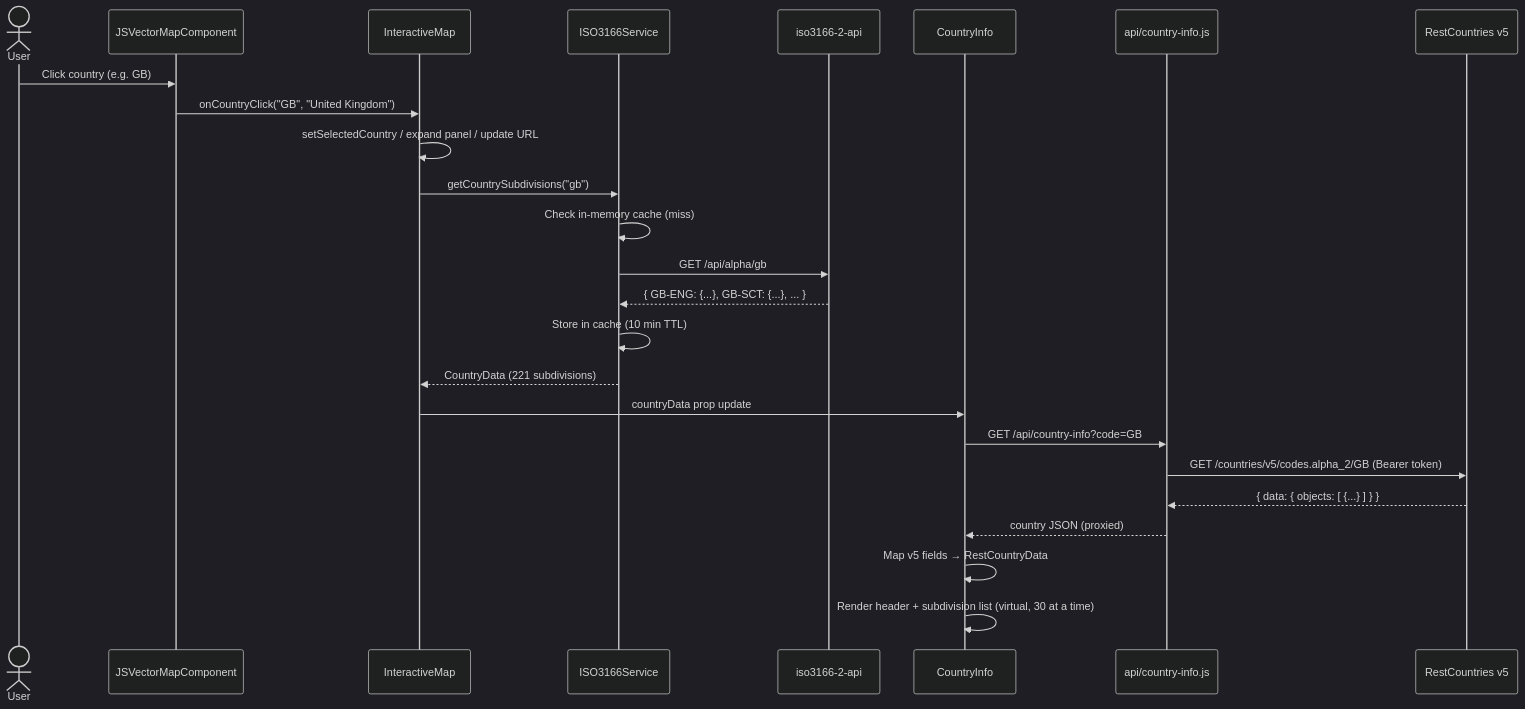
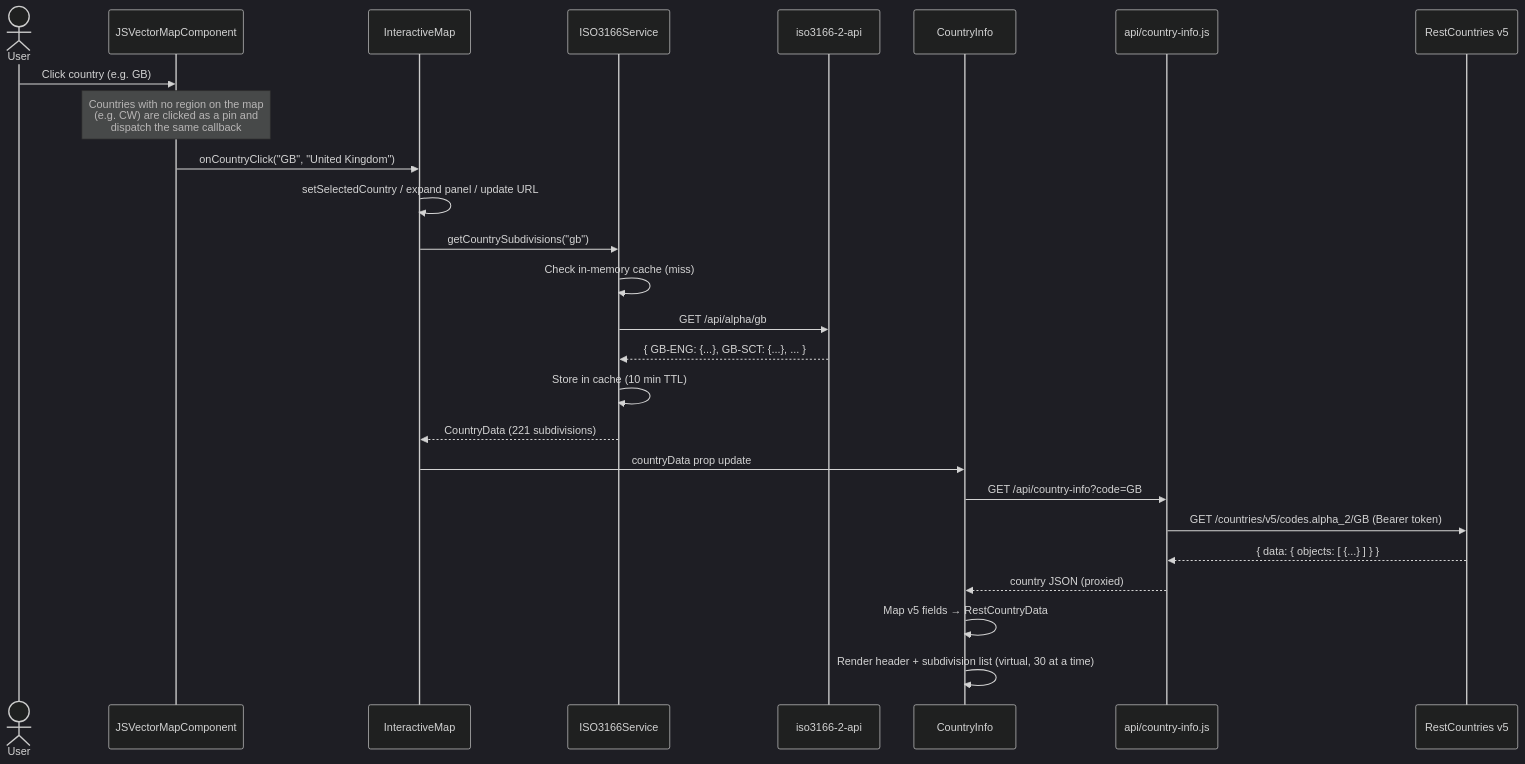
The second of 3 diagrams in docs/architecture.md (amckenna41/iso3166-flags-frontend), drawn with Mermaid (dark theme) before and after one commit. The commit also changed other lines of this file and 20 other files, not shown here.

````diff
--- a/docs/architecture.md
+++ b/docs/architecture.md
@@ -131,28 +133,29 @@
 ```mermaid
 sequenceDiagram
     actor User
     participant Map as JSVectorMapComponent
     participant IM as InteractiveMap
     participant SVC as ISO3166Service
     participant SubAPI as iso3166-2-api
     participant CI as CountryInfo
     participant FN as api/country-info.js
     participant RC as RestCountries v5
 
     User->>Map: Click country (e.g. GB)
+    Note over Map: Countries with no region on the map<br/>(e.g. CW) are clicked as a pin and<br/>dispatch the same callback
     Map->>IM: onCountryClick("GB", "United Kingdom")
     IM->>IM: setSelectedCountry / expand panel / update URL
     IM->>SVC: getCountrySubdivisions("gb")
     SVC->>SVC: Check in-memory cache (miss)
     SVC->>SubAPI: GET /api/alpha/gb
     SubAPI-->>SVC: { GB-ENG: {...}, GB-SCT: {...}, ... }
     SVC->>SVC: Store in cache (10 min TTL)
     SVC-->>IM: CountryData (221 subdivisions)
     IM->>CI: countryData prop update
     CI->>FN: GET /api/country-info?code=GB
     FN->>RC: GET /countries/v5/codes.alpha_2/GB (Bearer token)
     RC-->>FN: { data: { objects: [ {...} ] } }
     FN-->>CI: country JSON (proxied)
     CI->>CI: Map v5 fields → RestCountryData
     CI->>CI: Render header + subdivision list (virtual, 30 at a time)
 ```
````
